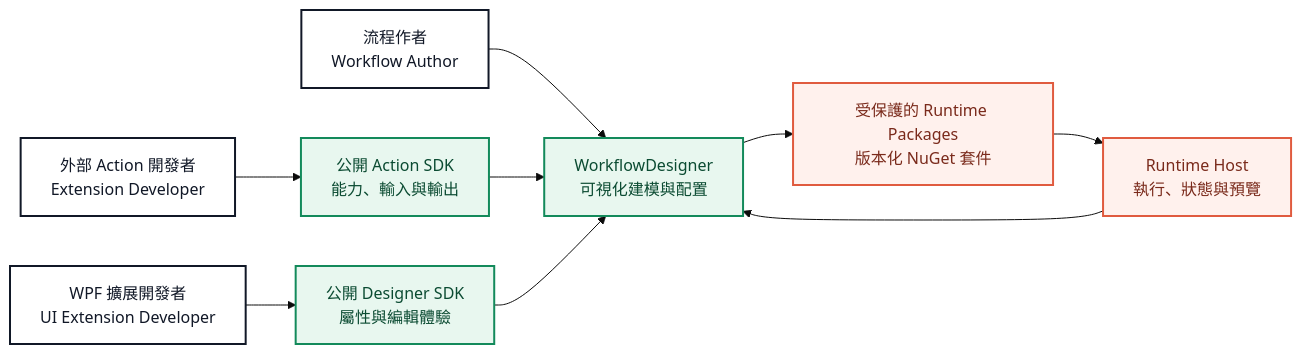
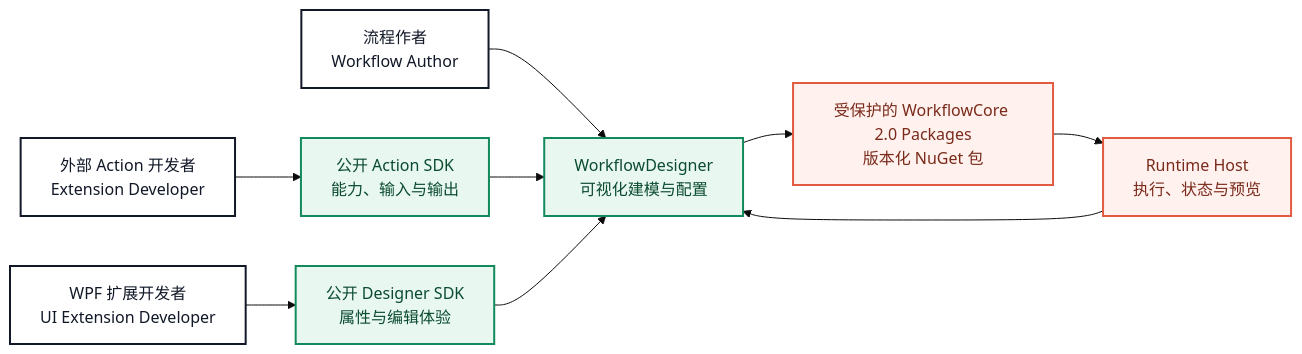
One commit to LeiZhou-Dip-Ing/WorkflowDesigner changed the diagram in README.md. Above: the diagram before and after it, drawn with Mermaid (base theme). The commit also changed other lines of this file and 13 other files, not shown here.

````diff
--- a/README.md
+++ b/README.md
@@ -11,18 +11,18 @@
 ```mermaid
 flowchart LR
-    A[流程作者<br/>Workflow Author] --> B[WorkflowDesigner<br/>可視化建模與配置]
-    C[外部 Action 開發者<br/>Extension Developer] --> D[公開 Action SDK<br/>能力、輸入與輸出]
-    E[WPF 擴展開發者<br/>UI Extension Developer] --> F[公開 Designer SDK<br/>屬性與編輯體驗]
+    A[流程作者<br/>Workflow Author] --> B[WorkflowDesigner<br/>可视化建模与配置]
+    C[外部 Action 开发者<br/>Extension Developer] --> D[公开 Action SDK<br/>能力、输入与输出]
+    E[WPF 扩展开发者<br/>UI Extension Developer] --> F[公开 Designer SDK<br/>属性与编辑体验]
     D --> B
     F --> B
-    B --> G[受保護的 Runtime Packages<br/>版本化 NuGet 套件]
-    G --> H[Runtime Host<br/>執行、狀態與預覽]
+    B --> G[受保护的 WorkflowCore 2.0 Packages<br/>版本化 NuGet 包]
+    G --> H[Runtime Host<br/>执行、状态与预览]
     H --> B
 
     classDef people fill:#ffffff,stroke:#111827,stroke-width:2px,color:#111827;
     classDef public fill:#e8f7ef,stroke:#138a5b,stroke-width:2px,color:#0b4b32;
     classDef protected fill:#fff1ed,stroke:#e05b3f,stroke-width:2px,color:#7a2a1b;
     class A,C,E people;
     class B,D,F public;
     class G,H protected;
 ```
````
